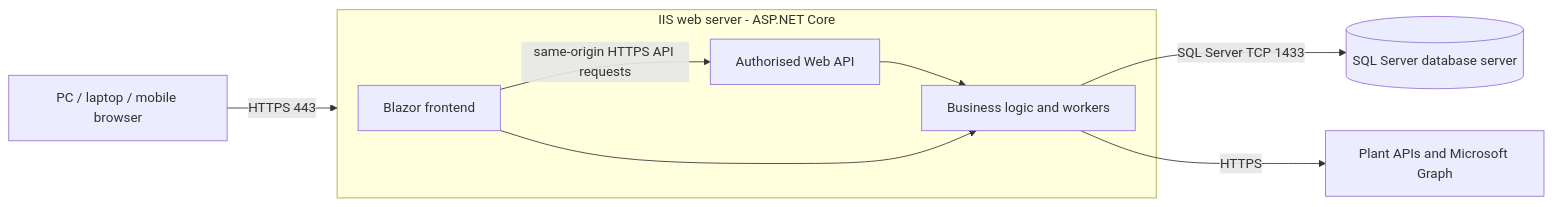
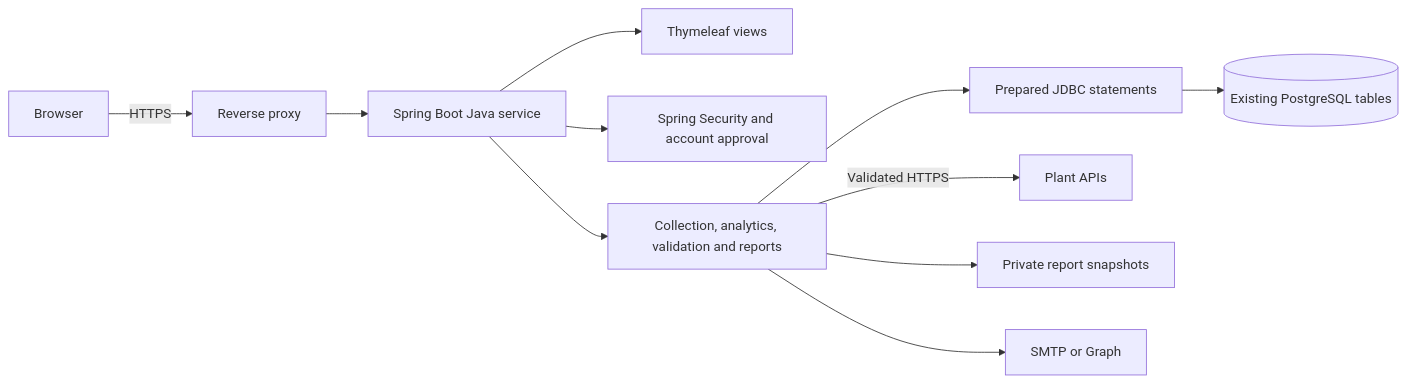
One commit to nanarinn/webgso_system changed the diagram in ARCHITECTURE.md. Above: the diagram before and after it, drawn with Mermaid. The commit also changed other lines of this file and 225 other files, not shown here.

Commit message:
Migrate WebGSO to Java and redesign login page

````diff
--- a/ARCHITECTURE.md
+++ b/ARCHITECTURE.md
@@ -7,14 +3,13 @@
 ```mermaid
 flowchart LR
-    User[PC / laptop / mobile browser] -->|HTTPS 443| IIS[IIS web server]
-    subgraph IIS[IIS web server - ASP.NET Core]
-        UI[Blazor frontend]
-        API[Authorised Web API]
-        Logic[Business logic and workers]
-        UI -->|same-origin HTTPS API requests| API
-        API --> Logic
-        UI --> Logic
-    end
-    Logic -->|SQL Server TCP 1433| SQL[(SQL Server database server)]
-    Logic -->|HTTPS| External[Plant APIs and Microsoft Graph]
+    Browser -->|HTTPS| Proxy[Reverse proxy]
+    Proxy --> Java[Spring Boot Java service]
+    Java --> Views[Thymeleaf views]
+    Java --> Security[Spring Security and account approval]
+    Java --> Workflows[Collection, analytics, validation and reports]
+    Workflows --> JDBC[Prepared JDBC statements]
+    JDBC --> DB[(Existing PostgreSQL tables)]
+    Workflows -->|Validated HTTPS| Plants[Plant APIs]
+    Workflows --> Reports[Private report snapshots]
+    Workflows --> Mail[SMTP or Graph]
 ```
````
